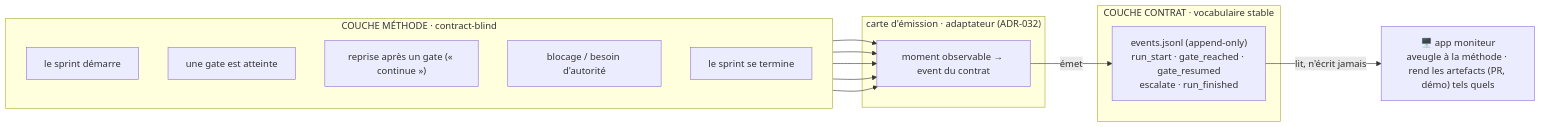
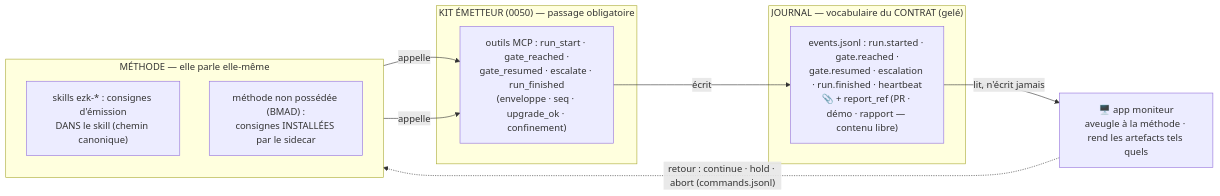
Before and after one commit to elzinko/vectorz: the second of 3 diagrams in products/mega-city/docs/method-map.md, drawn with Mermaid. The commit also changed other lines of this file and 8 other files, not shown here.

First line of the commit message:
docs(adr): ADR-032 révisé après panel adverse — « revoir-en-profondeur » (#23)

````diff
--- a/products/mega-city/docs/method-map.md
+++ b/products/mega-city/docs/method-map.md
@@ -52,26 +57,21 @@
 ```mermaid
 flowchart LR
-    subgraph MET["COUCHE MÉTHODE · contract-blind"]
+    subgraph MET["MÉTHODE — elle parle elle-même"]
         direction TB
-        E1["le sprint démarre"]
-        E2["une gate est atteinte"]
-        E3["reprise après un gate (« continue »)"]
-        E4["blocage / besoin d'autorité"]
-        E5["le sprint se termine"]
+        M1["skills ezk-* : consignes d'émission<br/>DANS le skill (chemin canonique)"]
+        M2["méthode non possédée (BMAD) :<br/>consignes INSTALLÉES par le sidecar"]
     end
-    subgraph MAP["carte d'émission · adaptateur (ADR-032)"]
-        M["moment observable → event du contrat"]
+    subgraph KIT["KIT ÉMETTEUR (0050) — passage obligatoire"]
+        K["outils MCP : run_start · gate_reached ·<br/>gate_resumed · escalate · run_finished<br/>(enveloppe · seq · upgrade_ok · confinement)"]
     end
-    subgraph CON["COUCHE CONTRAT · vocabulaire stable"]
-        J["events.jsonl (append-only)<br/>run_start · gate_reached · gate_resumed<br/>escalate · run_finished"]
+    subgraph CON["JOURNAL — vocabulaire du CONTRAT (gelé)"]
+        J["events.jsonl : run.started · gate.reached ·<br/>gate.resumed · escalation · run.finished · heartbeat<br/>📎 + report_ref (PR · démo · rapport — contenu libre)"]
     end
-    MON["🖥️ app moniteur<br/>aveugle à la méthode · rend les artefacts (PR, démo) tels quels"]
+    MON["🖥️ app moniteur<br/>aveugle à la méthode · rend les artefacts tels quels"]
 
-    E1 --> M
-    E2 --> M
-    E3 --> M
-    E4 --> M
-    E5 --> M
-    M -->|émet| J
+    M1 -->|appelle| K
+    M2 -->|appelle| K
+    K -->|écrit| J
     J -->|lit, n'écrit jamais| MON
+    MON -.->|"retour : continue · hold · abort (commands.jsonl)"| MET
 ```
````
